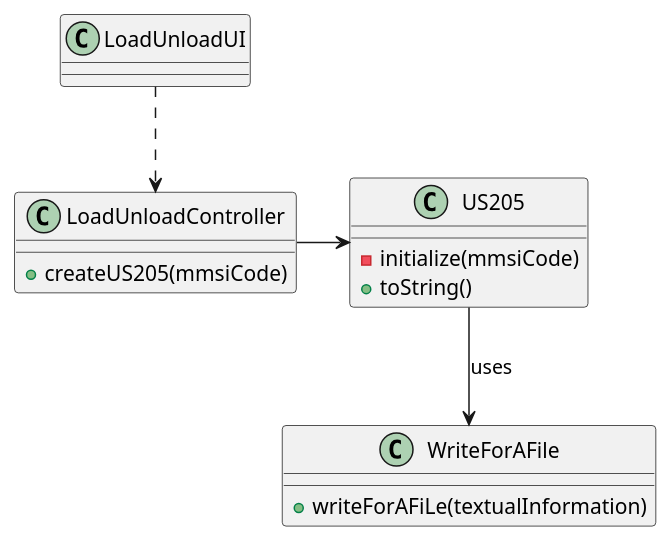
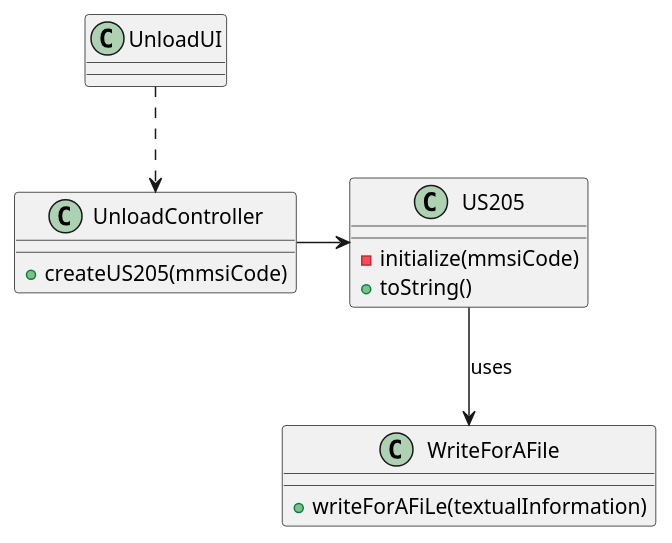
One commit to 0franciscor/lapr3-2021-g042 changed the diagram in docs/US205/US205_CD.puml. Above: the diagram before and after it, drawn with PlantUML. The commit also changed 3 other files, not shown here.

Commit message:
G42-134 #time 2m #Comment Readjustments Class Diagram

```diff
--- a/docs/US205/US205_CD.puml
+++ b/docs/US205/US205_CD.puml
@@ -1,29 +1,29 @@
 @startuml
 'https://plantuml.com/class-diagram
 
-class LoadUnloadUI{
+class UnloadUI{
 
 }
 
-class LoadUnloadController{
+class UnloadController{
 + createUS205(mmsiCode)
 }
 
 
 class US205 {
 - initialize(mmsiCode)
 + toString()
 
 }
 
 class WriteForAFile{
 + writeForAFiLe(textualInformation)
 
 }
 
 
-LoadUnloadUI ..> LoadUnloadController
-LoadUnloadController -> US205
+UnloadUI ..> UnloadController
+UnloadController -> US205
 US205 --> WriteForAFile : uses
 
 @enduml
```
